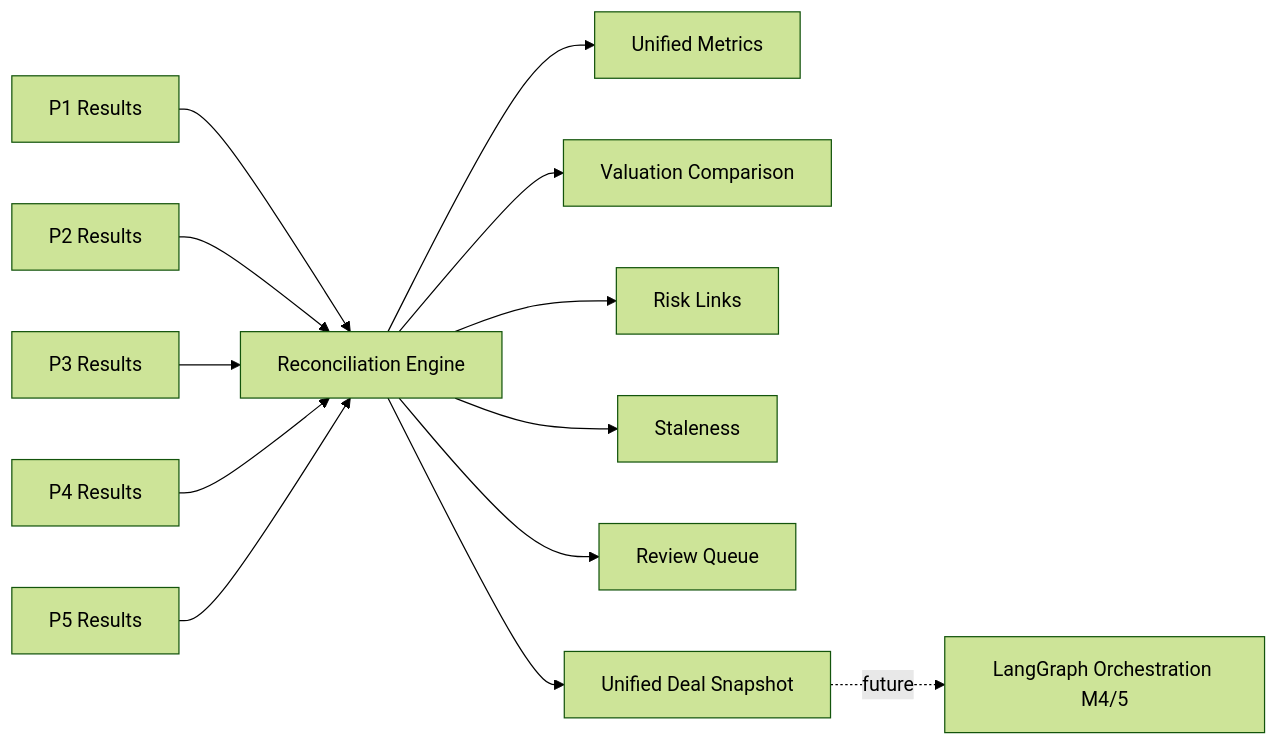
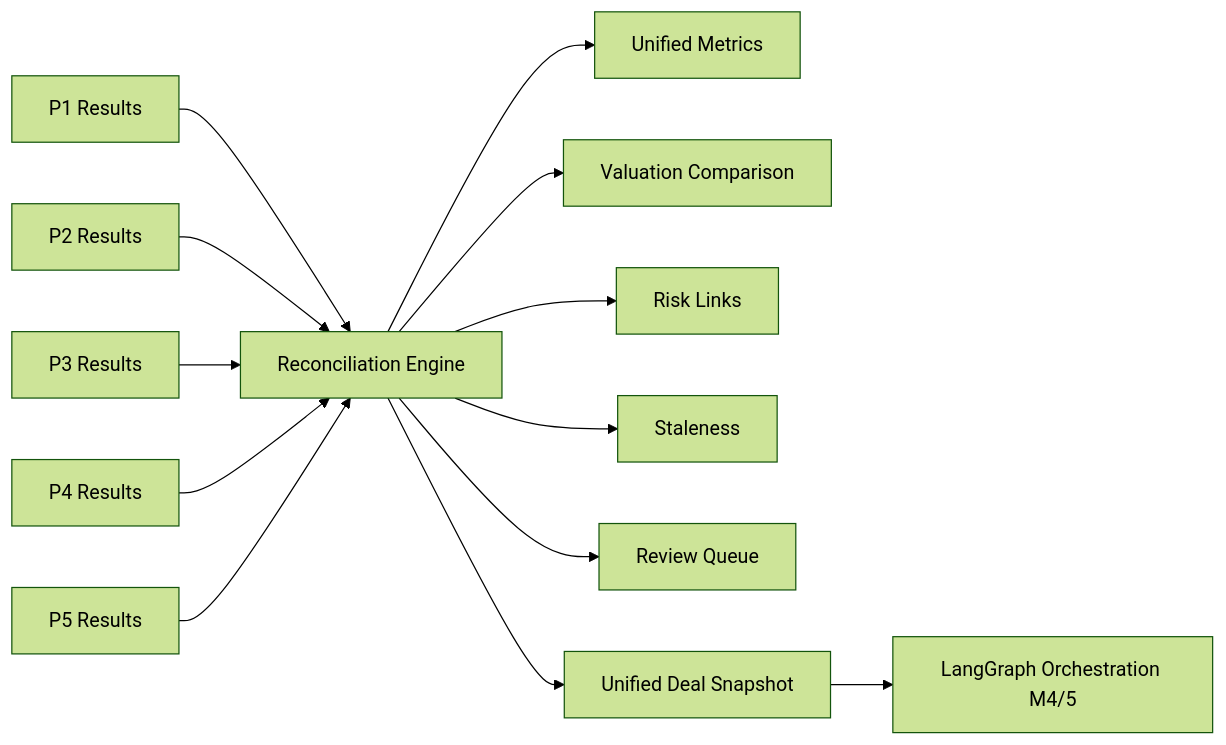
Before and after one commit to rishu765/mna_deal_intelligence: the third of 4 diagrams in 06_mna_deal_intelligence_super_agent/README.md, drawn with Mermaid (forest theme). The commit also changed other lines of this file and 20 other files, not shown here.

First line of the commit message:
Project 6 M4/5: LangGraph orchestration, HITL, and resilience (#36)

````diff
--- a/06_mna_deal_intelligence_super_agent/README.md
+++ b/06_mna_deal_intelligence_super_agent/README.md
@@ -166,15 +168,15 @@
 ```mermaid
 flowchart LR
     P1[P1 Results] --> R[Reconciliation Engine]
     P2[P2 Results] --> R
     P3[P3 Results] --> R
     P4[P4 Results] --> R
     P5[P5 Results] --> R
     R --> M[Unified Metrics]
     R --> V[Valuation Comparison]
     R --> K[Risk Links]
     R --> S[Staleness]
     R --> Q[Review Queue]
     R --> U[Unified Deal Snapshot]
-    U -. future .-> L[LangGraph Orchestration M4/5]
+    U --> L[LangGraph Orchestration M4/5]
 ```
````
